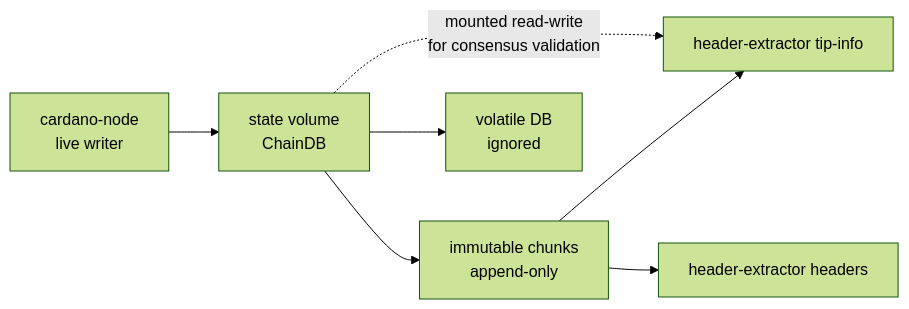
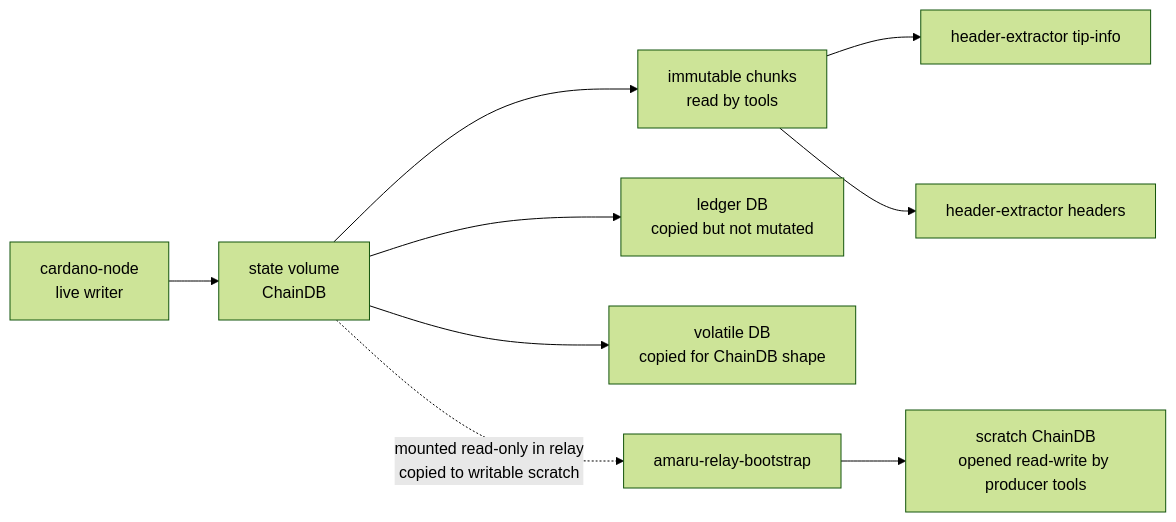
Before and after one commit to lambdasistemi/amaru-bootstrap: the third of 8 diagrams in docs/architecture.md, drawn with Mermaid (forest theme). The commit also changed other lines of this file and 8 other files, not shown here.

Commit message:
docs: align docs with Amaru relay bootstrap

````diff
--- a/docs/architecture.md
+++ b/docs/architecture.md
@@ -34,9 +75,11 @@
 ```mermaid
 flowchart LR
     writer["cardano-node\nlive writer"] --> state["state volume\nChainDB"]
-    state --> imm["immutable chunks\nappend-only"]
-    state --> vol["volatile DB\nignored"]
+    state --> imm["immutable chunks\nread by tools"]
+    state --> ledger["ledger DB\ncopied but not mutated"]
+    state --> vol["volatile DB\ncopied for ChainDB shape"]
     imm --> tip["header-extractor tip-info"]
     imm --> headers["header-extractor headers"]
-    state -. "mounted read-write\nfor consensus validation" .-> tip
+    state -. "mounted read-only in relay\ncopied to writable scratch" .-> relay["amaru-relay-bootstrap"]
+    relay --> scratch["scratch ChainDB\nopened read-write by producer tools"]
 ```
````
